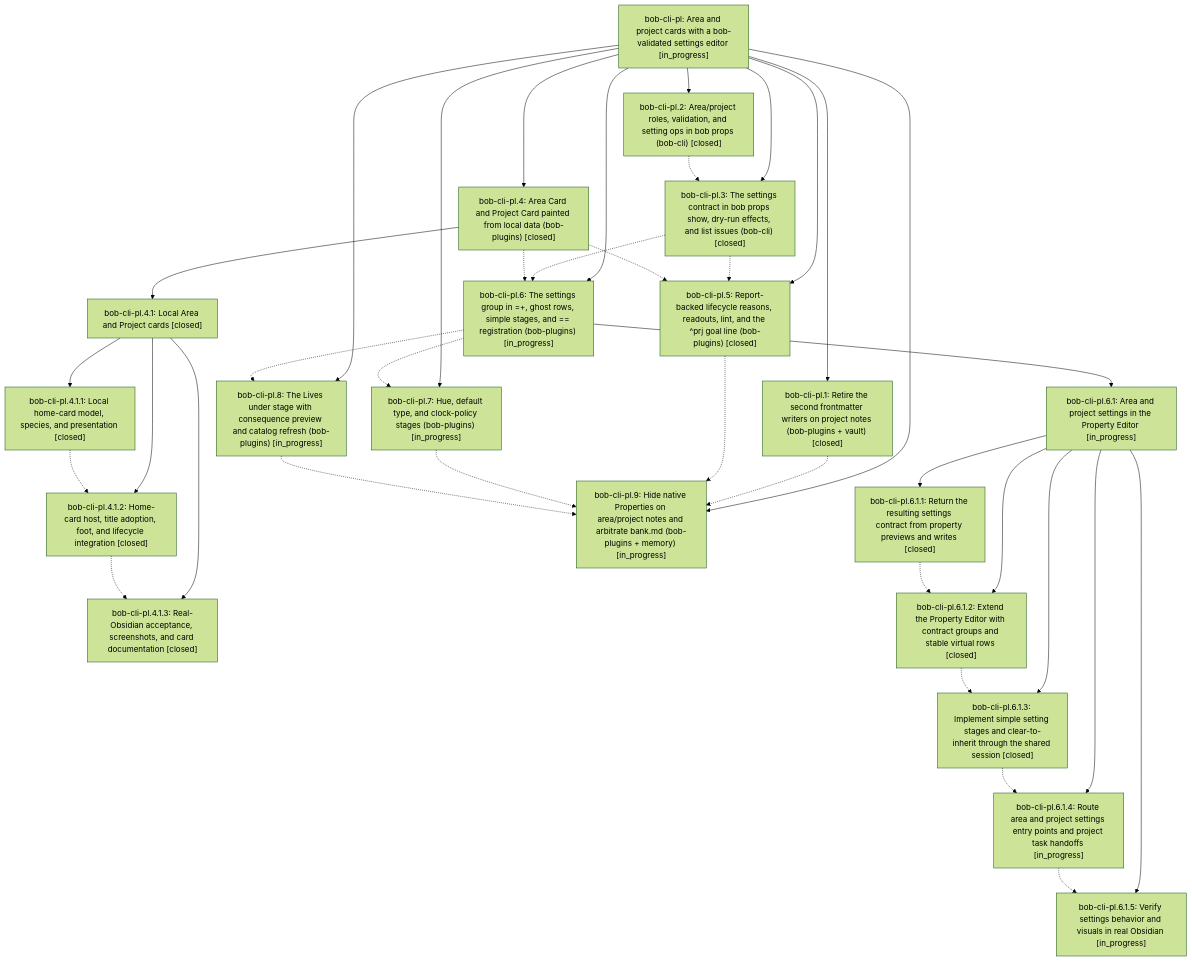
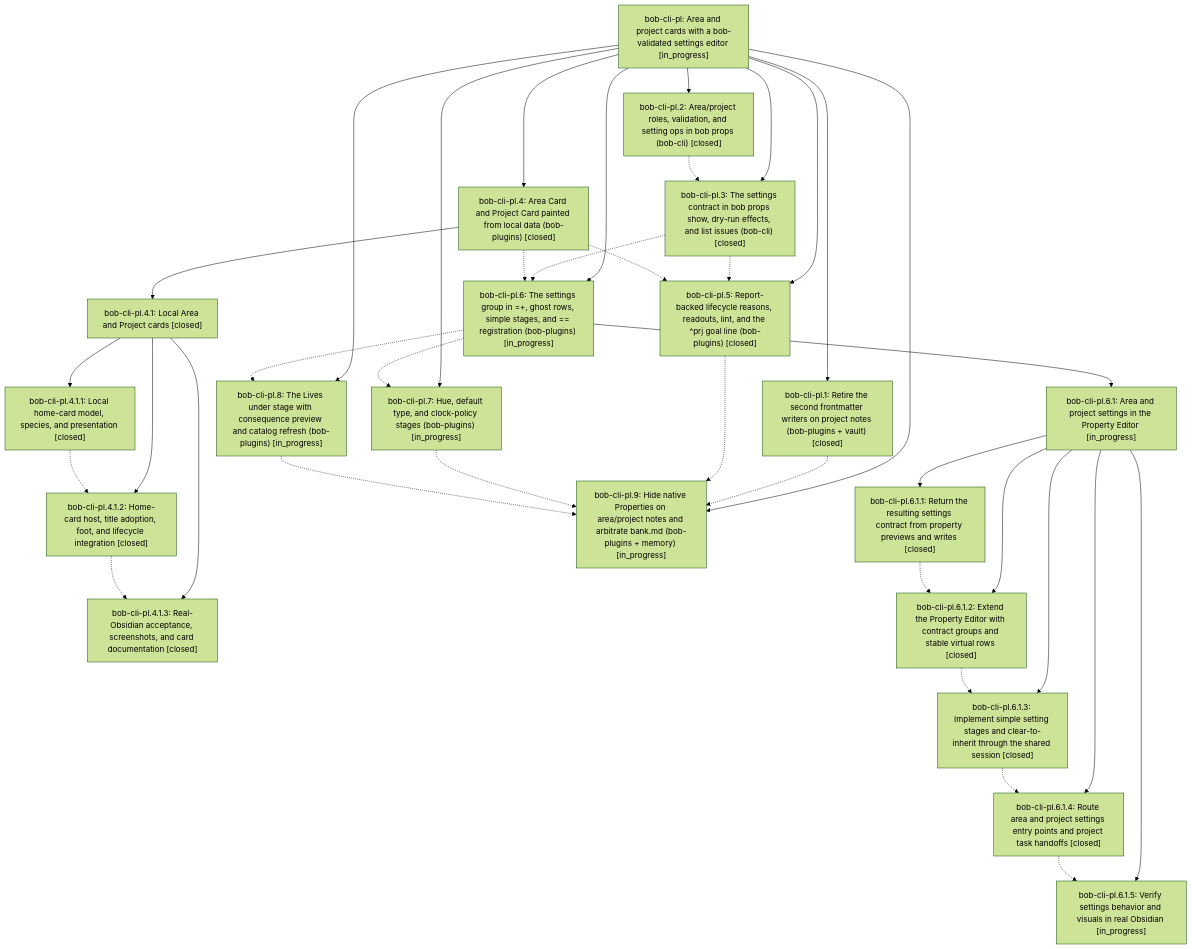
Before and after one commit to bobs-org/bob-cli--beads: the diagram in pages/bob-cli-pl/README.md, drawn with Mermaid (forest theme). The commit also changed other lines of this file and 6 other files, not shown here.

First line of the commit message:
chore(beads): sync bead state and pages for bob-cli-pl

````diff
--- a/pages/bob-cli-pl/README.md
+++ b/pages/bob-cli-pl/README.md
@@ -50,59 +50,59 @@
 ```mermaid
 flowchart TD
     n0["bob-cli-pl: Area and project cards with a bob-validated settings editor [in_progress]"]
     n1["bob-cli-pl.1: Retire the second frontmatter writers on project notes (bob-plugins + vault) [closed]"]
     n2["bob-cli-pl.2: Area/project roles, validation, and setting ops in bob props (bob-cli) [closed]"]
     n3["bob-cli-pl.3: The settings contract in bob props show, dry-run effects, and list issues (bob-cli) [closed]"]
     n4["bob-cli-pl.4: Area Card and Project Card painted from local data (bob-plugins) [closed]"]
     n5["bob-cli-pl.4.1: Local Area and Project cards [closed]"]
     n6["bob-cli-pl.4.1.1: Local home-card model, species, and presentation [closed]"]
     n7["bob-cli-pl.4.1.2: Home-card host, title adoption, foot, and lifecycle integration [closed]"]
     n8["bob-cli-pl.4.1.3: Real-Obsidian acceptance, screenshots, and card documentation [closed]"]
     n9["bob-cli-pl.5: Report-backed lifecycle reasons, readouts, lint, and the ^prj goal line (bob-plugins) [closed]"]
     n10["bob-cli-pl.6: The settings group in =+, ghost rows, simple stages, and == registration (bob-plugins) [in_progress]"]
     n11["bob-cli-pl.6.1: Area and project settings in the Property Editor [in_progress]"]
     n12["bob-cli-pl.6.1.1: Return the resulting settings contract from property previews and writes [closed]"]
     n13["bob-cli-pl.6.1.2: Extend the Property Editor with contract groups and stable virtual rows [closed]"]
     n14["bob-cli-pl.6.1.3: Implement simple setting stages and clear-to-inherit through the shared session [closed]"]
-    n15["bob-cli-pl.6.1.4: Route area and project settings entry points and project task handoffs [in_progress]"]
+    n15["bob-cli-pl.6.1.4: Route area and project settings entry points and project task handoffs [closed]"]
     n16["bob-cli-pl.6.1.5: Verify settings behavior and visuals in real Obsidian [in_progress]"]
     n17["bob-cli-pl.7: Hue, default type, and clock-policy stages (bob-plugins) [in_progress]"]
     n18["bob-cli-pl.8: The Lives under stage with consequence preview and catalog refresh (bob-plugins) [in_progress]"]
     n19["bob-cli-pl.9: Hide native Properties on area/project notes and arbitrate bank.md (bob-plugins + memory) [in_progress]"]
     n0 --> n1
     n0 --> n2
     n0 --> n3
     n0 --> n4
     n4 --> n5
     n5 --> n6
     n5 --> n7
     n5 --> n8
     n0 --> n9
     n0 --> n10
     n10 --> n11
     n11 --> n12
     n11 --> n13
     n11 --> n14
     n11 --> n15
     n11 --> n16
     n0 --> n17
     n0 --> n18
     n0 --> n19
     n1 -.-> n19
     n2 -.-> n3
     n3 -.-> n9
     n3 -.-> n10
     n4 -.-> n9
     n4 -.-> n10
     n6 -.-> n7
     n7 -.-> n8
     n9 -.-> n19
     n10 -.-> n17
     n10 -.-> n18
     n12 -.-> n13
     n13 -.-> n14
     n14 -.-> n15
     n15 -.-> n16
     n17 -.-> n19
     n18 -.-> n19
 ```
````
